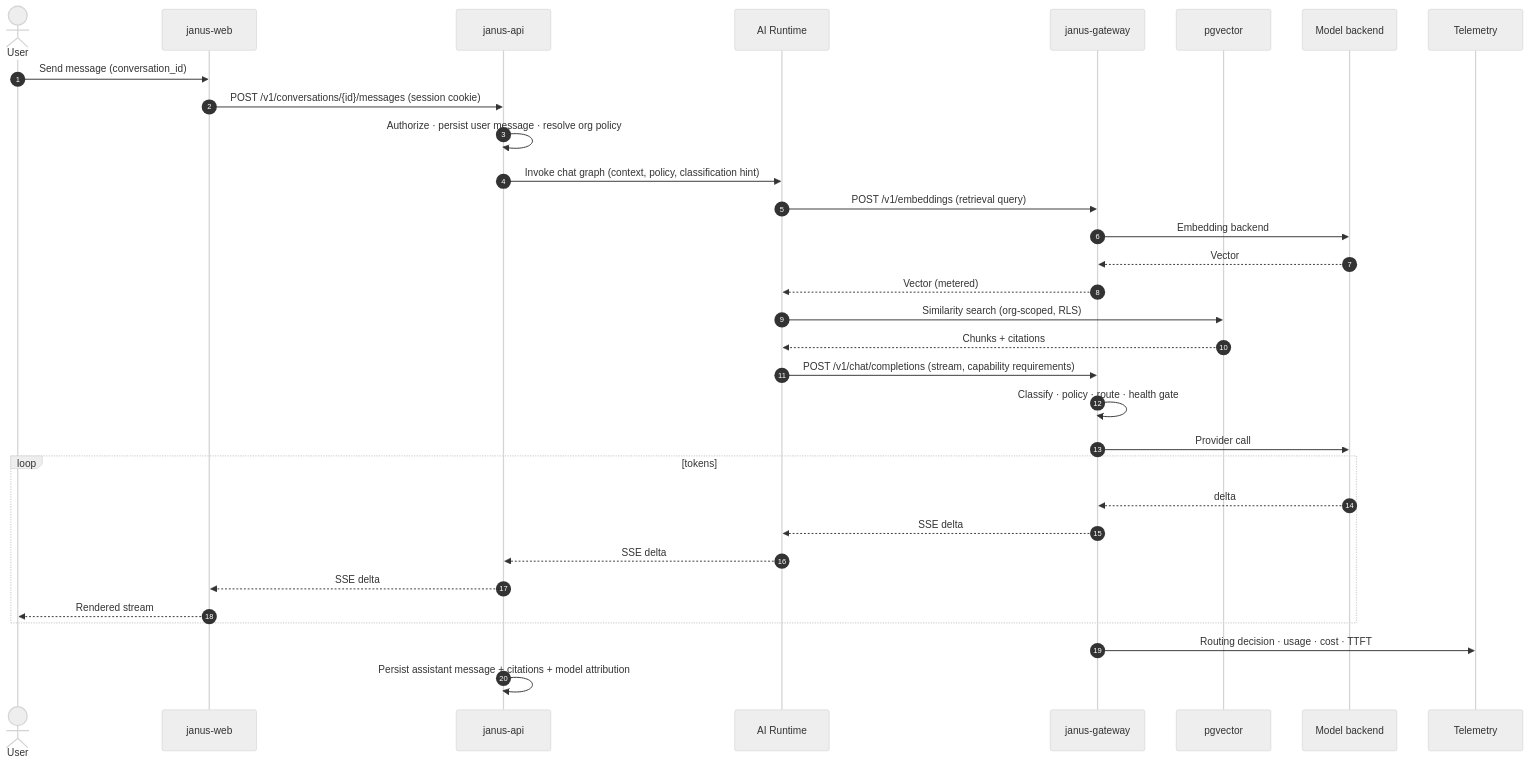
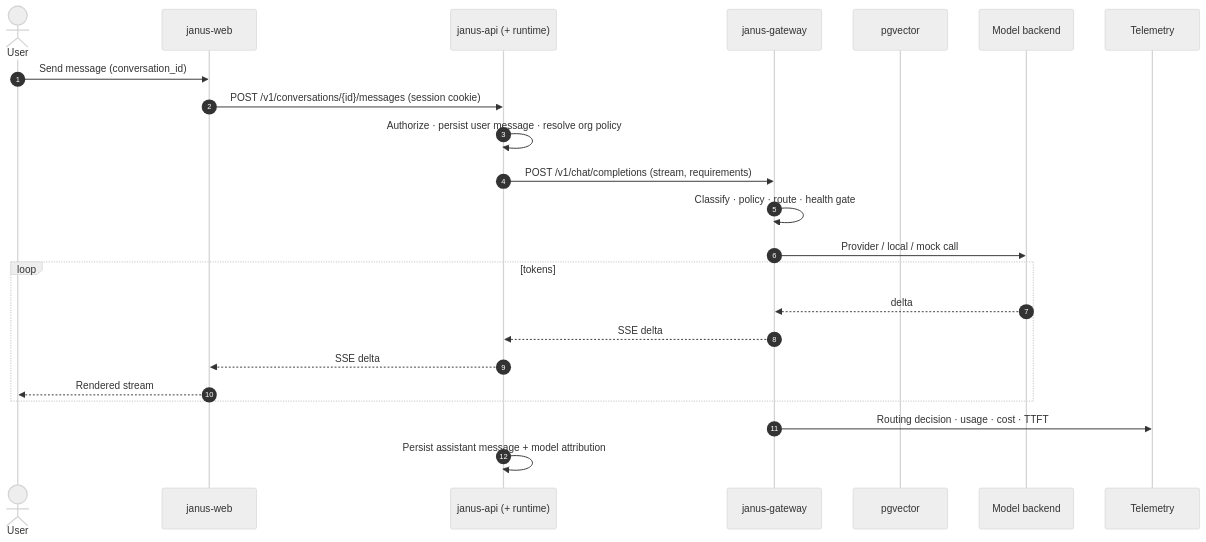
The fourth of 5 diagrams in docs/architecture.md (unimbekar/janus-ai), drawn with Mermaid (neutral theme) before and after one commit. The commit also changed other lines of this file, not shown here.

Commit message:
updated architecture diagram and overall workflow

````diff
--- a/docs/architecture.md
+++ b/docs/architecture.md
@@ -246,35 +328,26 @@
 ```mermaid
 sequenceDiagram
   autonumber
   actor U as User
   participant W as janus-web
-  participant A as janus-api
-  participant R as AI Runtime
+  participant A as janus-api (+ runtime)
   participant G as janus-gateway
   participant V as pgvector
   participant M as Model backend
   participant O as Telemetry
 
   U->>W: Send message (conversation_id)
   W->>A: POST /v1/conversations/{id}/messages (session cookie)
   A->>A: Authorize · persist user message · resolve org policy
-  A->>R: Invoke chat graph (context, policy, classification hint)
-  R->>G: POST /v1/embeddings (retrieval query)
-  G->>M: Embedding backend
-  M-->>G: Vector
-  G-->>R: Vector (metered)
-  R->>V: Similarity search (org-scoped, RLS)
-  V-->>R: Chunks + citations
-  R->>G: POST /v1/chat/completions (stream, capability requirements)
+  A->>G: POST /v1/chat/completions (stream, requirements)
   G->>G: Classify · policy · route · health gate
-  G->>M: Provider call
+  G->>M: Provider / local / mock call
   loop tokens
     M-->>G: delta
-    G-->>R: SSE delta
-    R-->>A: SSE delta
+    G-->>A: SSE delta
     A-->>W: SSE delta
     W-->>U: Rendered stream
   end
   G->>O: Routing decision · usage · cost · TTFT
-  A->>A: Persist assistant message + citations + model attribution
+  A->>A: Persist assistant message + model attribution
 ```
````
